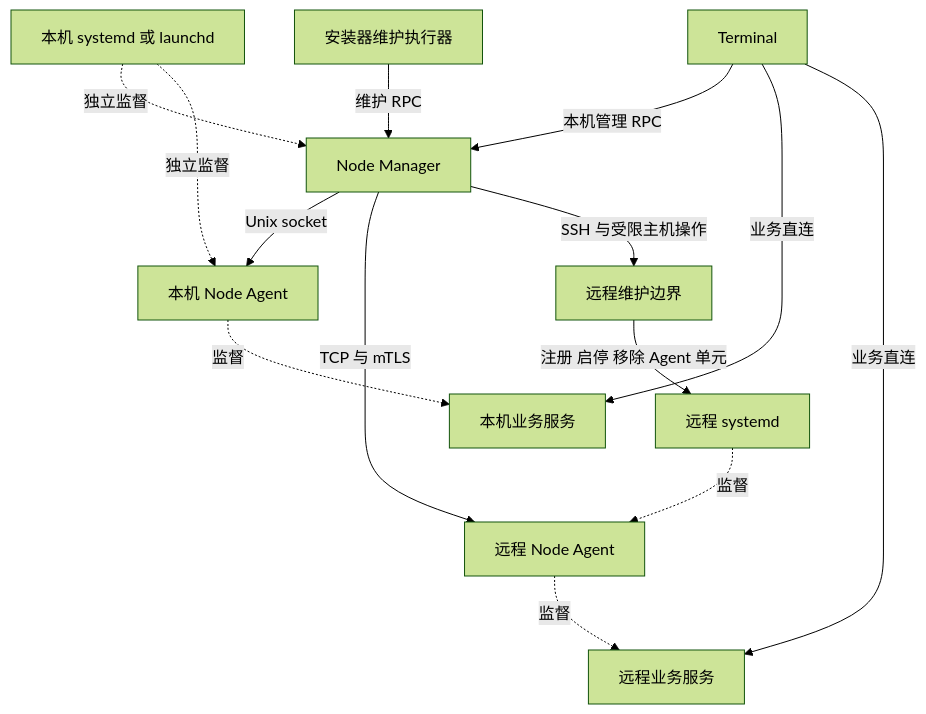
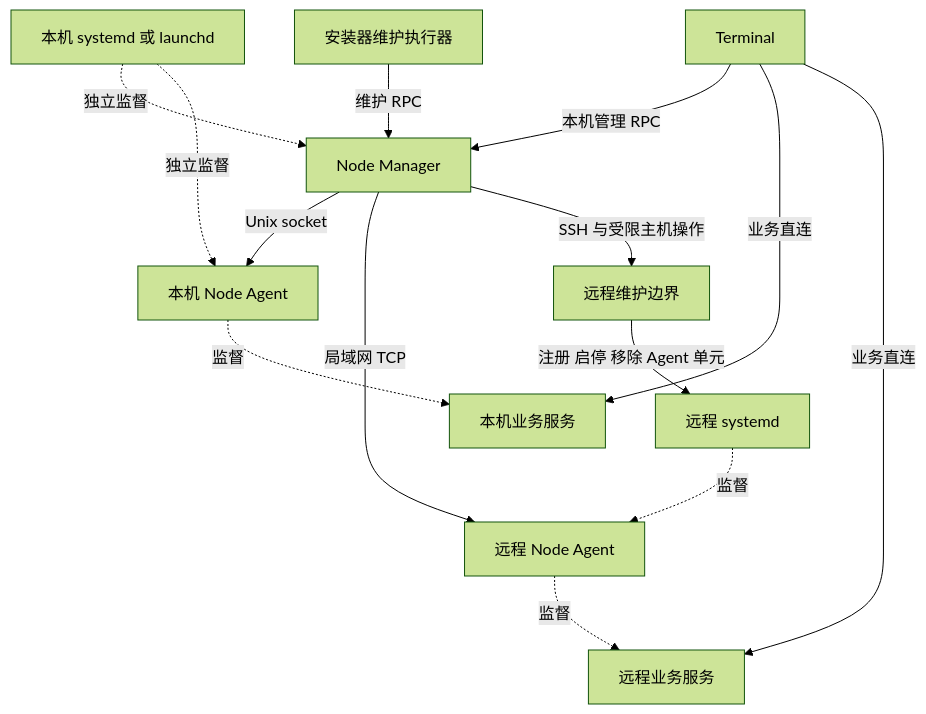
One commit to isqiwen/asterion-terminal changed the first of 3 diagrams in docs/architecture/node-manager.md. Above: the diagram before and after it, drawn with Mermaid (forest theme). The commit also changed other lines of this file and 595 other files, not shown here.

First line of the commit message:
M1.8, M1.9: standalone trading over pinned TLS, LAN TCP, internal module boundaries

````diff
--- a/docs/architecture/node-manager.md
+++ b/docs/architecture/node-manager.md
@@ -37,16 +37,16 @@
 ```mermaid
 flowchart TB
   UI[Terminal] -->|本机管理 RPC| M[Node Manager]
   I[安装器维护执行器] -->|维护 RPC| M
   OS[本机 systemd 或 launchd] -.独立监督.-> M
   OS -.独立监督.-> A[本机 Node Agent]
   M -->|Unix socket| A
-  M -->|TCP 与 mTLS| R[远程 Node Agent]
+  M -->|局域网 TCP| R[远程 Node Agent]
   ROS[远程 systemd] -.监督.-> R
   M -->|SSH 与受限主机操作| H[远程维护边界]
   H -->|注册 启停 移除 Agent 单元| ROS
   A -.监督.-> LS[本机业务服务]
   R -.监督.-> RS[远程业务服务]
   UI -->|业务直连| LS
   UI -->|业务直连| RS
 ```
````
